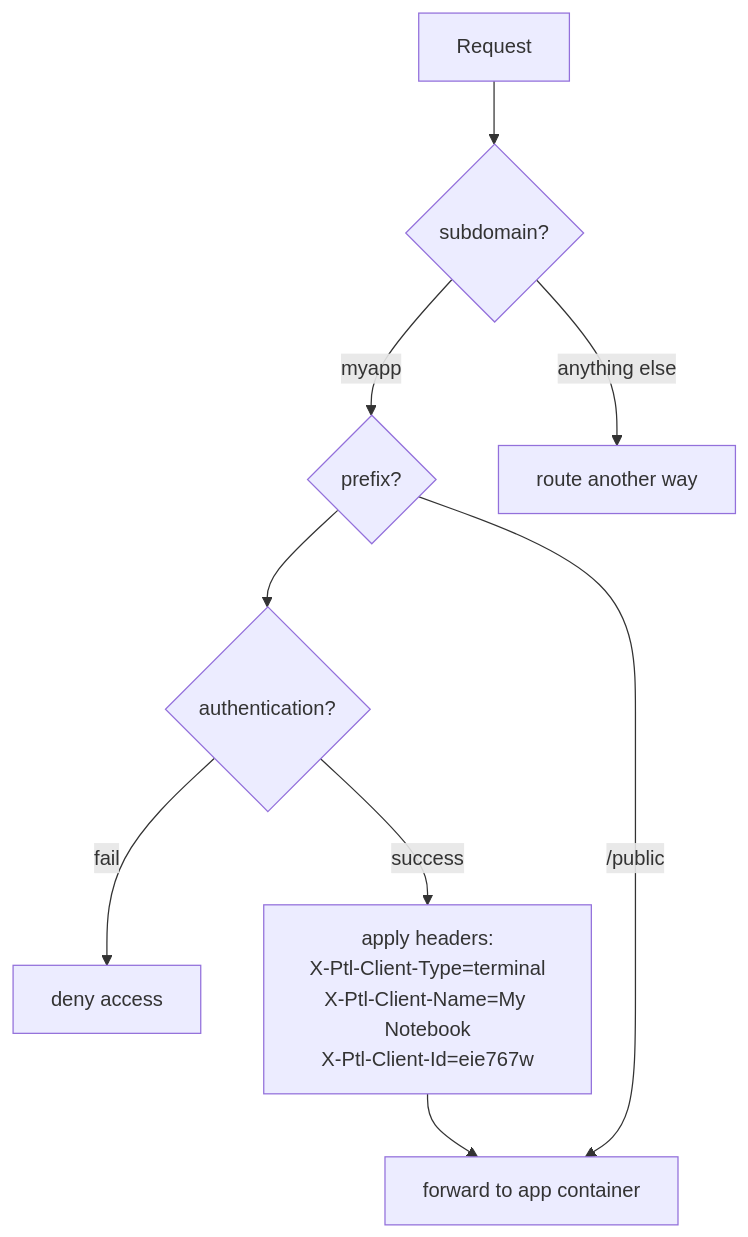
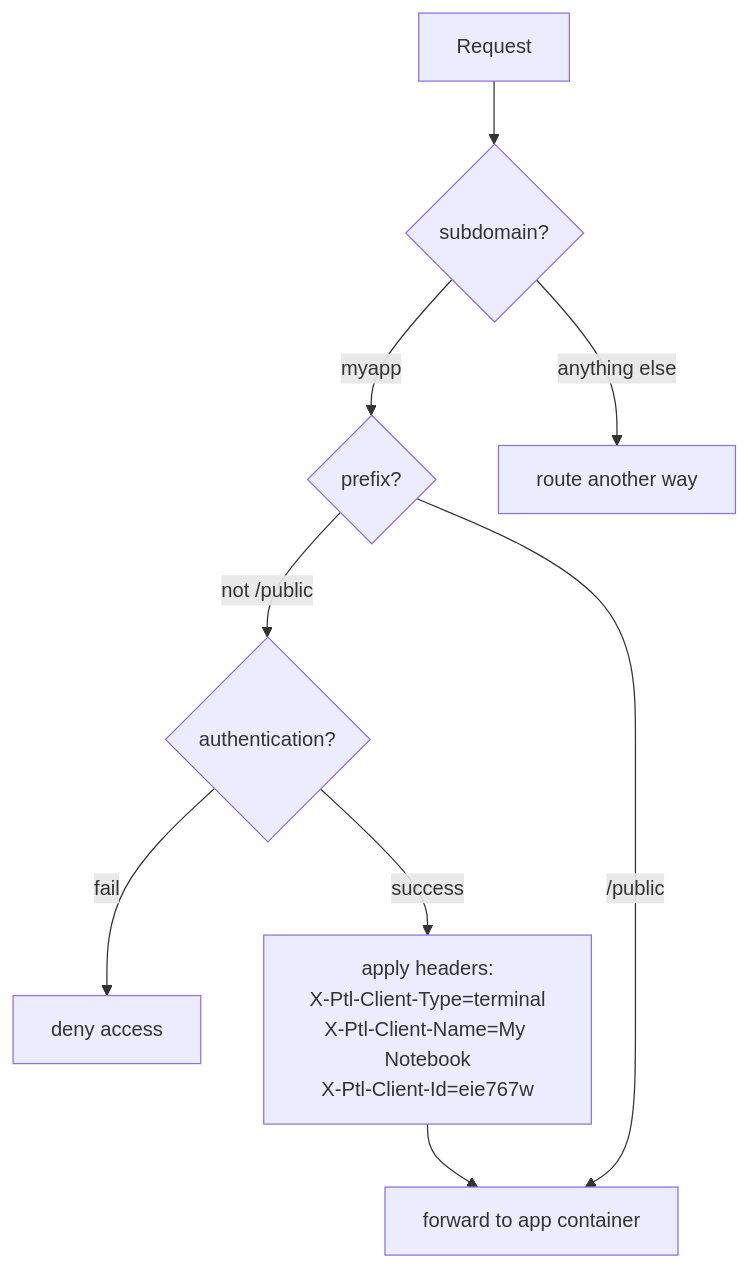
One commit to FreeshardBase/documentation changed the first of 2 diagrams in docs/developer_docs/routing_and_ac.md. Above: the diagram before and after it, drawn with Mermaid. The commit also changed other lines of this file and 6 other files, not shown here.

````diff
--- a/docs/developer_docs/routing_and_ac.md
+++ b/docs/developer_docs/routing_and_ac.md
@@ -90,11 +90,11 @@
 ```mermaid
 graph TD
   Request --> sub{subdomain?};
   sub -->|myapp| pre{prefix?};
   sub -->|anything else| away[route another way];
-  pre -->|<default>| auth{authentication?};
+  pre -->|not /public| auth{authentication?};
   auth -->|fail| deny[deny access];
   auth -->|success| head_auth[apply headers:<br>X-Ptl-Client-Type=terminal<br>X-Ptl-Client-Name=My Notebook<br>X-Ptl-Client-Id=eie767w];
   pre -->|/public| forward[forward to app container];
   head_auth --> forward
 ```
````
